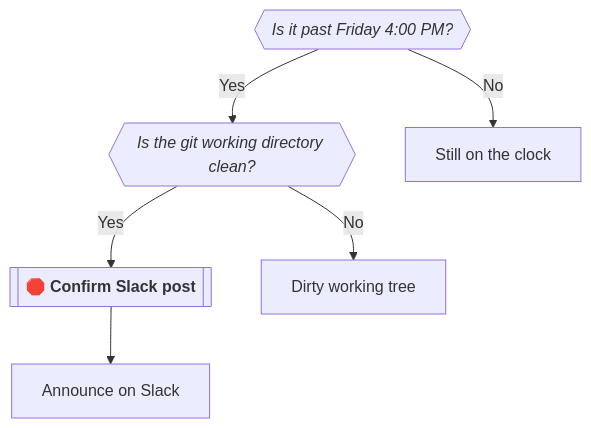
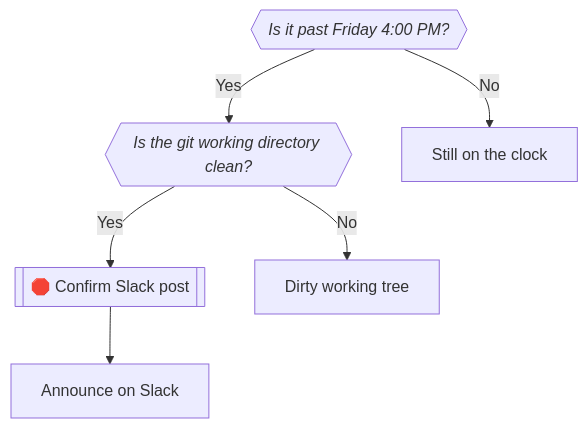
Before and after one commit to lukstei/wf: the diagram in README.md, drawn with Mermaid. The commit also changed 1 other file, not shown here.

Commit message:
fix(visualize): remove bold tags from gate node labels

````diff
--- a/README.md
+++ b/README.md
@@ -55,14 +55,14 @@
 ```mermaid
 flowchart TD
     s0{{"<i>Is it past Friday 4:00 PM?</i>"}}
     s1{{"<i>Is the git working directory clean?</i>"}}
-    s2[["🛑 <b>Confirm Slack post</b>"]]
+    s2[["🛑 Confirm Slack post"]]
     s3["Announce on Slack"]
     s4["Dirty working tree"]
     s5["Still on the clock"]
     s0 -->|Yes| s1
     s0 -->|No| s5
     s1 -->|Yes| s2
     s1 -->|No| s4
     s2 --> s3
 ```
````
